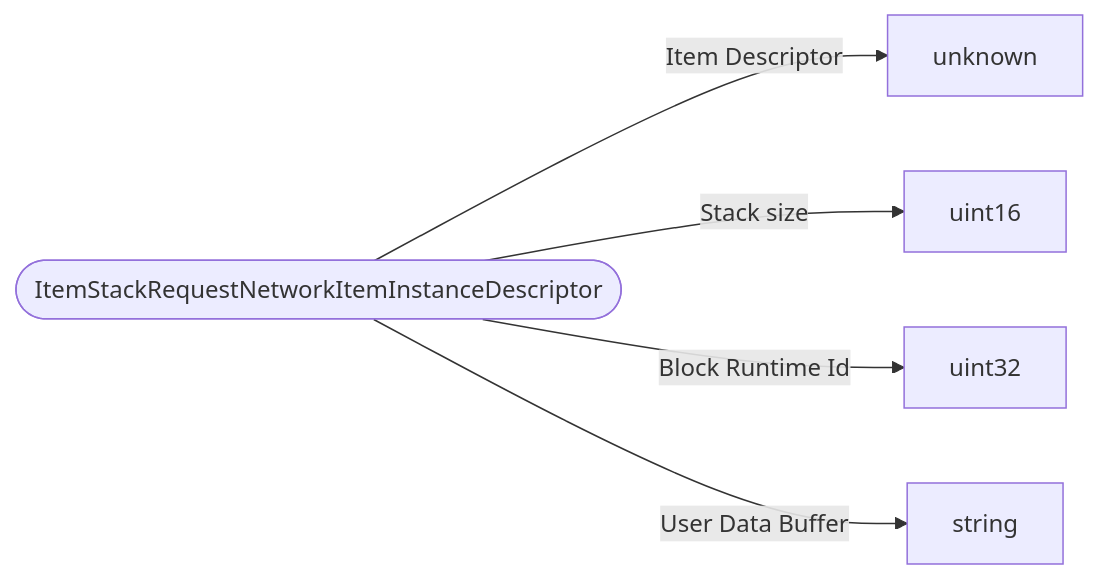
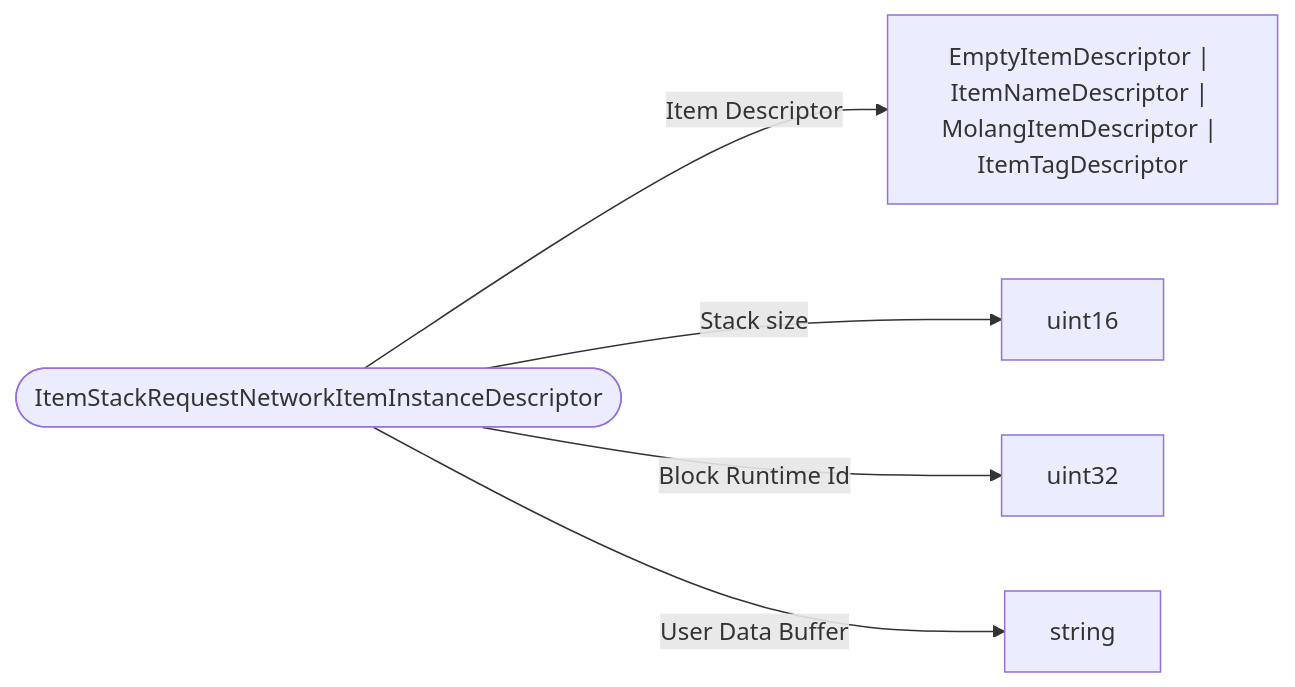
The diagram in schemas/types/ItemStackRequestNetworkItemInstanceDescriptor.md (bedrock-v/protocol-docs), drawn with Mermaid before and after one commit. The commit also changed 114 other files, not shown here.

````diff
--- a/schemas/types/ItemStackRequestNetworkItemInstanceDescriptor.md
+++ b/schemas/types/ItemStackRequestNetworkItemInstanceDescriptor.md
@@ -5,8 +5,8 @@
 ```mermaid
 flowchart LR
   ROOT(["ItemStackRequestNetworkItemInstanceDescriptor"])
-  ROOT -->|"Item Descriptor"| unknown["unknown"]
+  ROOT -->|"Item Descriptor"| EmptyItemDescriptor___ItemNameDescriptor___MolangItemDescriptor___ItemTagDescriptor["EmptyItemDescriptor | ItemNameDescriptor | MolangItemDescriptor | ItemTagDescriptor"]
   ROOT -->|"Stack size"| uint16["uint16"]
   ROOT -->|"Block Runtime Id"| uint32["uint32"]
   ROOT -->|"User Data Buffer"| string["string"]
 ```
````
